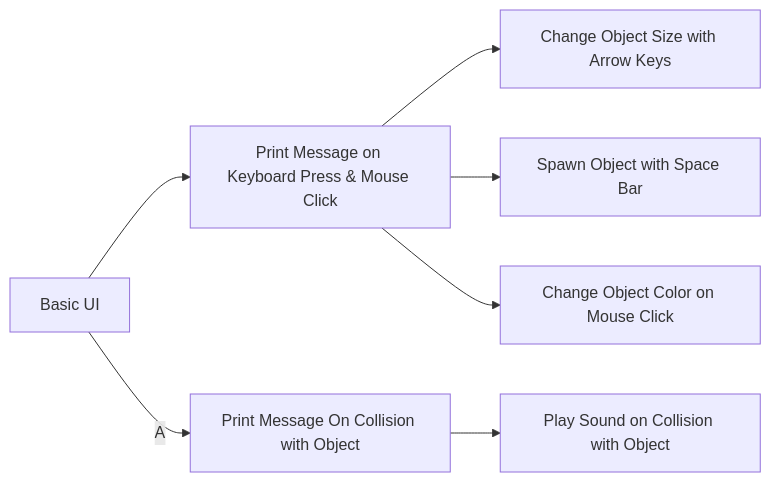
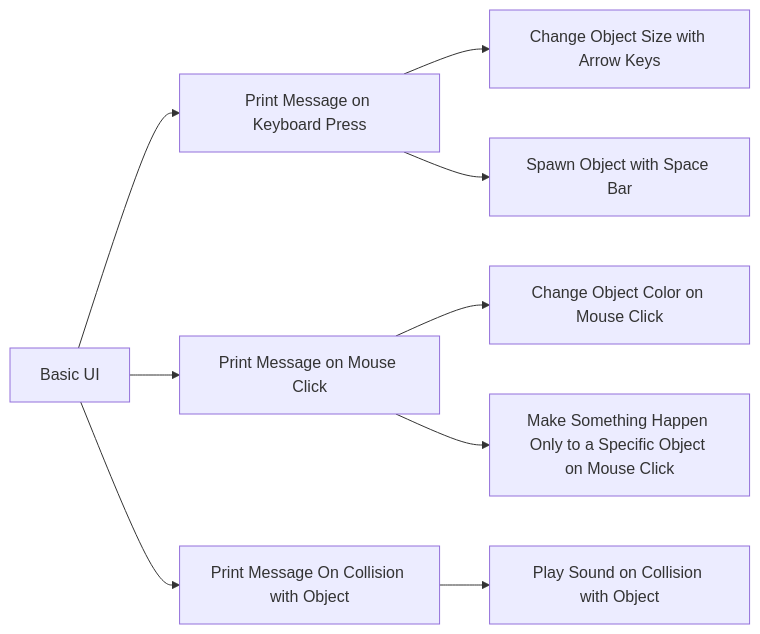
The diagram in data/work/realityLab-unity-scripting-tutorials.md (learninglab-dev/the-resources), drawn with Mermaid before and after one commit. The commit also changed other lines of this file, not shown here.

Commit message:
data/work/realityLab-unity-scripting-tutorials.md updated from https://stackedit.io/

````diff
--- a/data/work/realityLab-unity-scripting-tutorials.md
+++ b/data/work/realityLab-unity-scripting-tutorials.md
@@ -10,12 +10,13 @@
 ```mermaid
 graph LR
-A[Basic UI] --> B[Print Message on Keyboard Press & Mouse Click]
-A --
+A[Basic UI] --> B[Print Message on Keyboard Press]
+A --> H[Print Message on Mouse Click]
 A --> C[Print Message On Collision with Object]
 B --> D[Change Object Size with Arrow Keys]
 B --> E[Spawn Object with Space Bar]
-B --> F[Change Object Color on Mouse Click]
+H --> F[Change Object Color on Mouse Click]
+H --> I[Make Something Happen Only to a Specific Object on Mouse Click]
 C --> G[Play Sound on Collision with Object]
 
 
 ```
````
